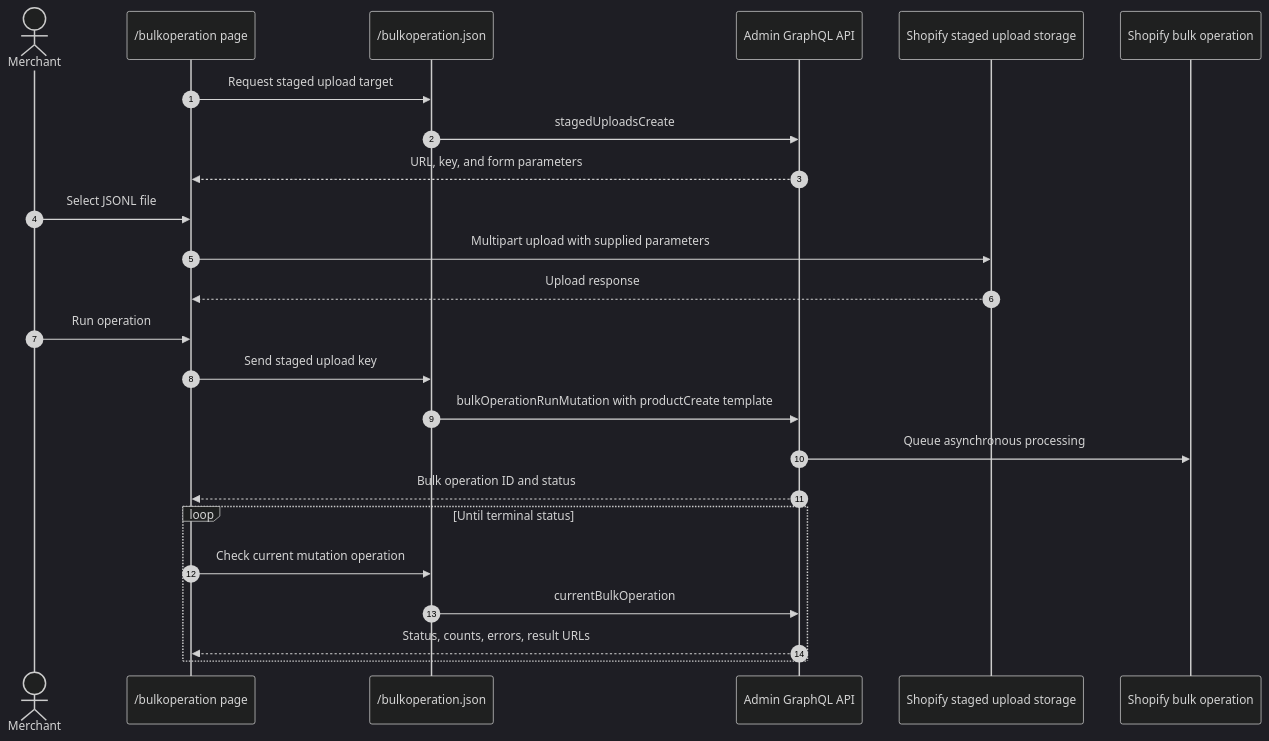
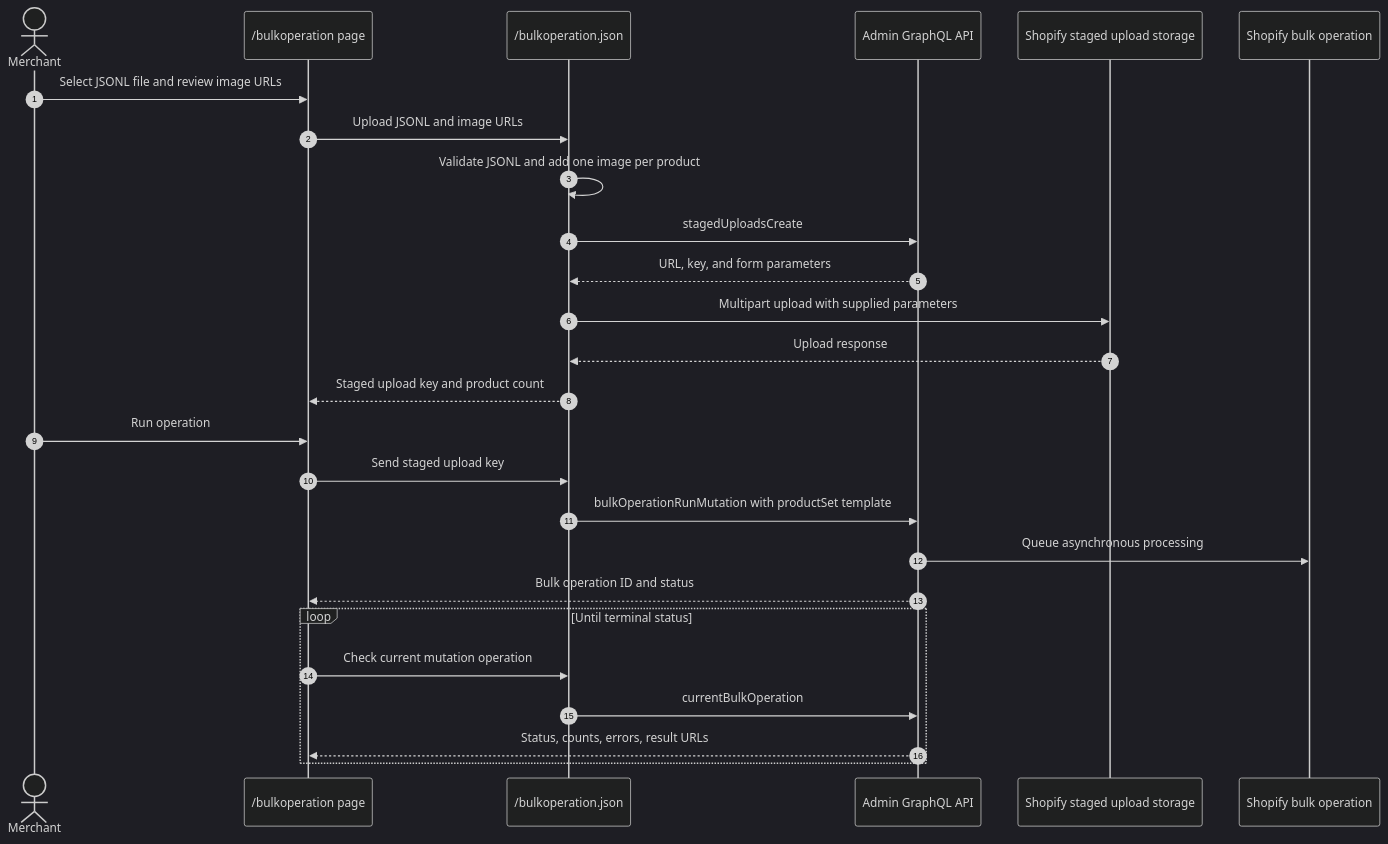
One commit to benzookapi/shopify-barebone-app-sample changed the diagram in docs/14-bulkoperation.md. Above: the diagram before and after it, drawn with Mermaid (dark theme). The commit also changed other lines of this file and 4 other files, not shown here.

Commit message:
Improve bulk product import sample

````diff
--- a/docs/14-bulkoperation.md
+++ b/docs/14-bulkoperation.md
@@ -15,27 +15,29 @@
 ```mermaid
 sequenceDiagram
     autonumber
     actor Merchant
     participant UI as /bulkoperation page
     participant App as /bulkoperation.json
     participant API as Admin GraphQL API
     participant Storage as Shopify staged upload storage
     participant Worker as Shopify bulk operation
 
-    UI->>App: Request staged upload target
+    Merchant->>UI: Select JSONL file and review image URLs
+    UI->>App: Upload JSONL and image URLs
+    App->>App: Validate JSONL and add one image per product
     App->>API: stagedUploadsCreate
-    API-->>UI: URL, key, and form parameters
-    Merchant->>UI: Select JSONL file
-    UI->>Storage: Multipart upload with supplied parameters
-    Storage-->>UI: Upload response
+    API-->>App: URL, key, and form parameters
+    App->>Storage: Multipart upload with supplied parameters
+    Storage-->>App: Upload response
+    App-->>UI: Staged upload key and product count
     Merchant->>UI: Run operation
     UI->>App: Send staged upload key
-    App->>API: bulkOperationRunMutation with productCreate template
+    App->>API: bulkOperationRunMutation with productSet template
     API->>Worker: Queue asynchronous processing
     API-->>UI: Bulk operation ID and status
     loop Until terminal status
         UI->>App: Check current mutation operation
         App->>API: currentBulkOperation
         API-->>UI: Status, counts, errors, result URLs
     end
 ```
````
